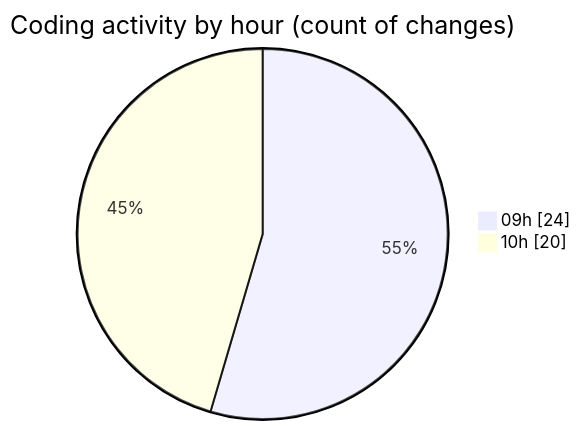
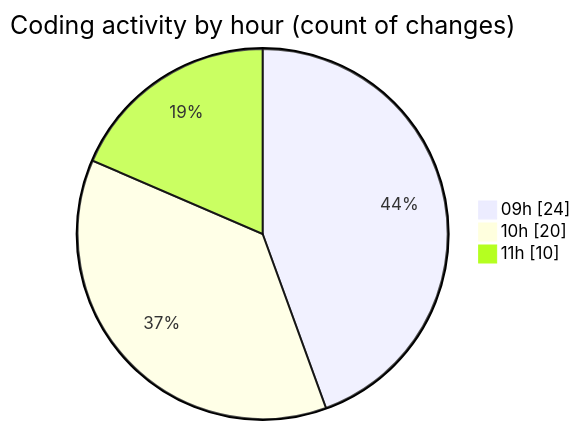
One commit to momahboobian/code-tracking changed the second of 2 diagrams in 2025-12-09/cda/README.md. Above: the diagram before and after it, drawn with Mermaid. The commit also changed other lines of this file and 1 other file, not shown here.

````diff
--- a/2025-12-09/cda/README.md
+++ b/2025-12-09/cda/README.md
@@ -31,6 +31,7 @@
 ```mermaid
 pie showData
 title Coding activity by hour (count of changes)
 "09h" : 24
 "10h" : 20
+"11h" : 10
 ```
````
